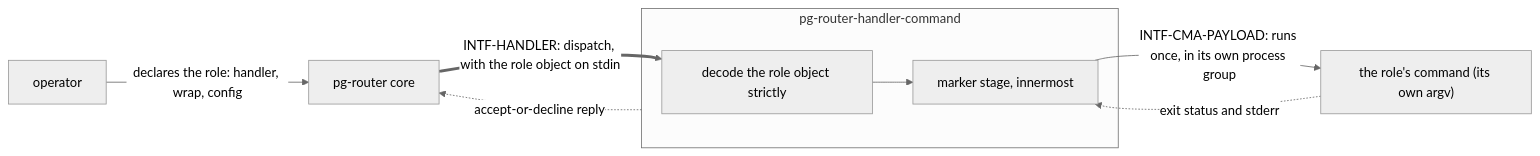
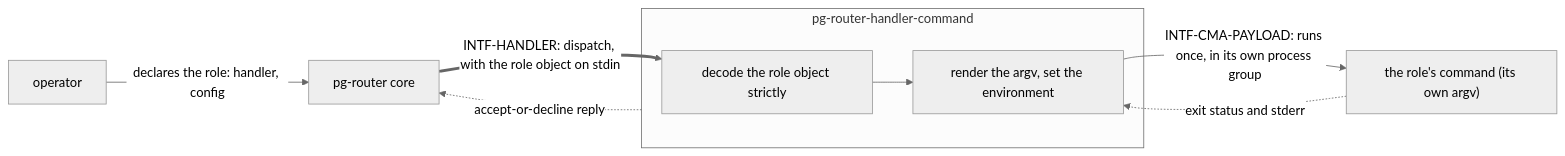
Before and after one commit to phillipgreenii/nix-agent-support: the diagram in packages/pg-router-ccpool-handler/docs/behavior/pg-router-handler-command/README.md, drawn with Mermaid (neutral theme). The commit also changed other lines of this file and 18 other files, not shown here.

First line of the commit message:
docs(pg-router-ccpool-handler): handler behavior sets without wrap; sessionEnv, pre-ready decline, decline kinds, validate (pg2-12gr4.8.17)

````diff
--- a/packages/pg-router-ccpool-handler/docs/behavior/pg-router-handler-command/README.md
+++ b/packages/pg-router-ccpool-handler/docs/behavior/pg-router-handler-command/README.md
@@ -19,15 +19,15 @@
 ```mermaid
 flowchart LR
     CORE["pg-router core"]
     subgraph adapter["pg-router-handler-command"]
       DEC["decode the role object strictly"]
-      STAGE["marker stage, innermost"]
-      DEC --> STAGE
+      RUN["render the argv, set the environment"]
+      DEC --> RUN
     end
     PAYLOAD["the role's command (its own argv)"]
-    OP["operator"] -->|"declares the role: handler, wrap, config"| CORE
+    OP["operator"] -->|"declares the role: handler, config"| CORE
     CORE ==>|"INTF-HANDLER: dispatch, with the role object on stdin"| DEC
-    STAGE -->|"INTF-CMA-PAYLOAD: runs once, in its own process group"| PAYLOAD
-    PAYLOAD -.->|"exit status and stderr"| STAGE
+    RUN -->|"INTF-CMA-PAYLOAD: runs once, in its own process group"| PAYLOAD
+    PAYLOAD -.->|"exit status and stderr"| RUN
     adapter -.->|"accept-or-decline reply"| CORE
 ```
````
